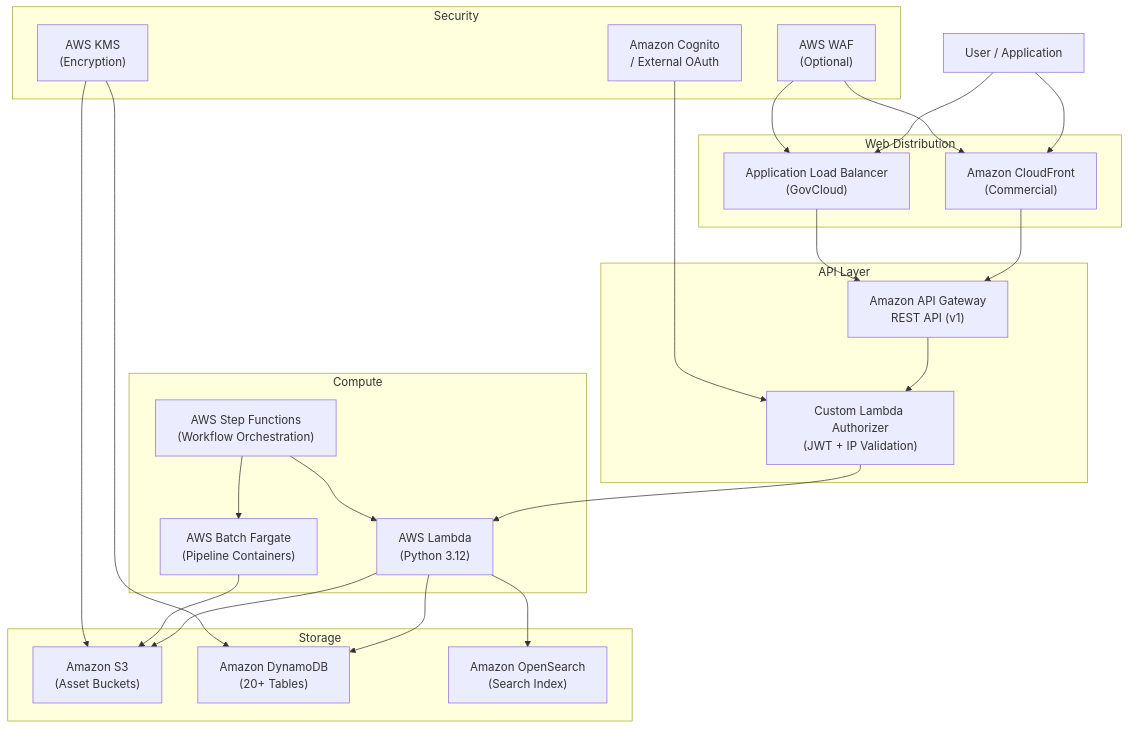
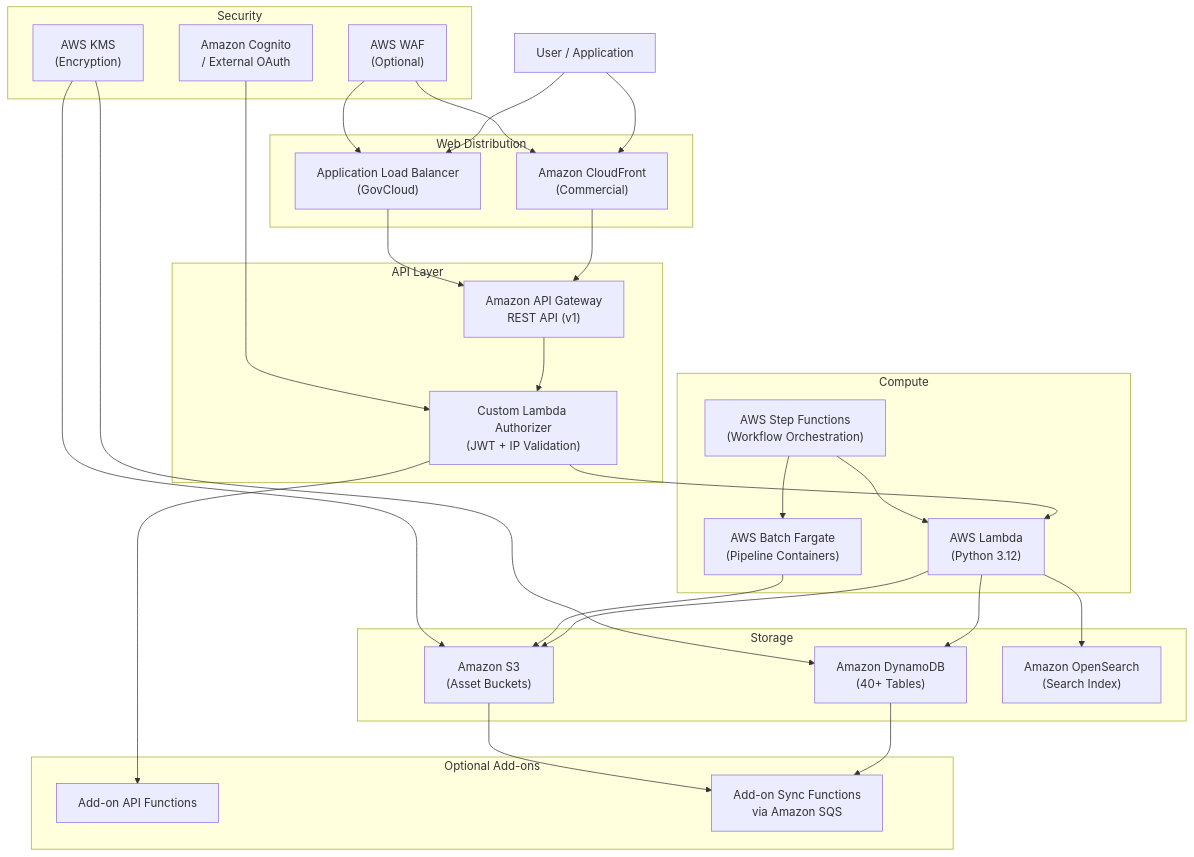
The diagram in documentation/docusaurus-site/docs/overview/solution-overview.md (awslabs/visual-asset-management-system), drawn with Mermaid before and after one commit. The commit also changed other lines of this file and 579 other files, not shown here.

````diff
--- a/documentation/docusaurus-site/docs/overview/solution-overview.md
+++ b/documentation/docusaurus-site/docs/overview/solution-overview.md
@@ -102,50 +103,58 @@
 ```mermaid
 graph TB
     User["User / Application"]
 
     subgraph "Web Distribution"
         CF["Amazon CloudFront<br/>(Commercial)"]
         ALB["Application Load Balancer<br/>(GovCloud)"]
     end
 
     subgraph "API Layer"
         APIGW["Amazon API Gateway<br/>REST API (v1)"]
         AUTH["Custom Lambda Authorizer<br/>(JWT + IP Validation)"]
     end
 
     subgraph "Compute"
         LAMBDA["AWS Lambda<br/>(Python 3.12)"]
         BATCH["AWS Batch Fargate<br/>(Pipeline Containers)"]
         SF["AWS Step Functions<br/>(Workflow Orchestration)"]
     end
 
     subgraph "Storage"
         S3["Amazon S3<br/>(Asset Buckets)"]
-        DDB["Amazon DynamoDB<br/>(20+ Tables)"]
+        DDB["Amazon DynamoDB<br/>(40+ Tables)"]
         OS["Amazon OpenSearch<br/>(Search Index)"]
     end
 
     subgraph "Security"
         COG["Amazon Cognito<br/>/ External OAuth"]
         KMS["AWS KMS<br/>(Encryption)"]
         WAF["AWS WAF<br/>(Optional)"]
+    end
+
+    subgraph "Optional Add-ons"
+        ADDONAPI["Add-on API Functions"]
+        ADDONSYNC["Add-on Sync Functions<br/>via Amazon SQS"]
     end
 
     User --> CF
     User --> ALB
     CF --> APIGW
     ALB --> APIGW
     APIGW --> AUTH
     AUTH --> LAMBDA
     LAMBDA --> DDB
     LAMBDA --> S3
     LAMBDA --> OS
     SF --> LAMBDA
     SF --> BATCH
     BATCH --> S3
     COG --> AUTH
     KMS --> S3
     KMS --> DDB
     WAF --> CF
     WAF --> ALB
+    AUTH --> ADDONAPI
+    DDB --> ADDONSYNC
+    S3 --> ADDONSYNC
 ```
````
